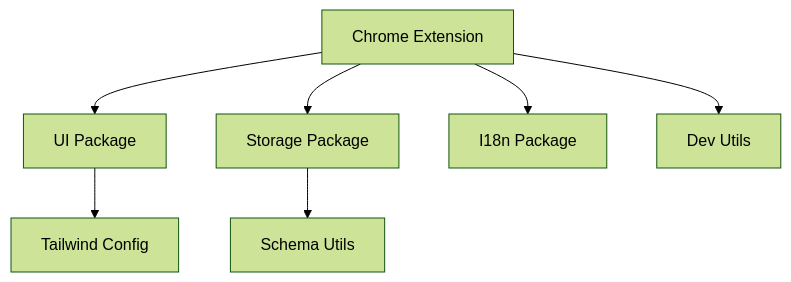
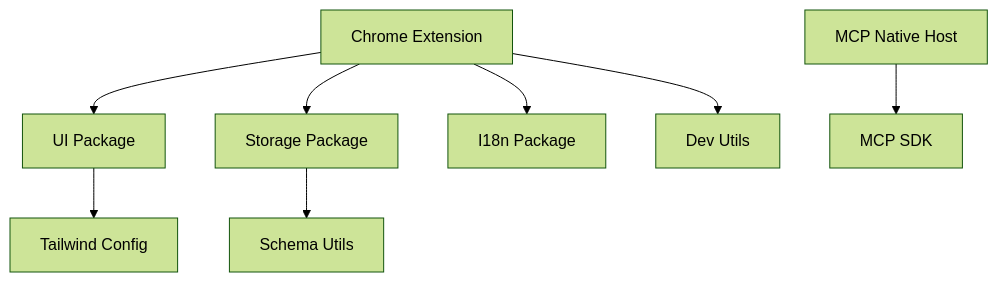
The fifth of 7 diagrams in memory-bank/systemPatterns.md (nanobrowser/nanobrowser), drawn with Mermaid (forest theme) before and after one commit. The commit also changed other lines of this file and 6 other files, not shown here.

Commit message:
feat: add mcp host doc

````diff
--- a/memory-bank/systemPatterns.md
+++ b/memory-bank/systemPatterns.md
@@ -115,9 +171,10 @@
 ```mermaid
 graph TD
     ChromeExtension[Chrome Extension] --> UI[UI Package]
     ChromeExtension --> Storage[Storage Package]
     ChromeExtension --> I18n[I18n Package]
     UI --> TailwindConfig[Tailwind Config]
     Storage --> SchemaUtils[Schema Utils]
     ChromeExtension --> DevUtils[Dev Utils]
+    NativeHost[MCP Native Host] --> McpSdk[MCP SDK]
 ```
````
